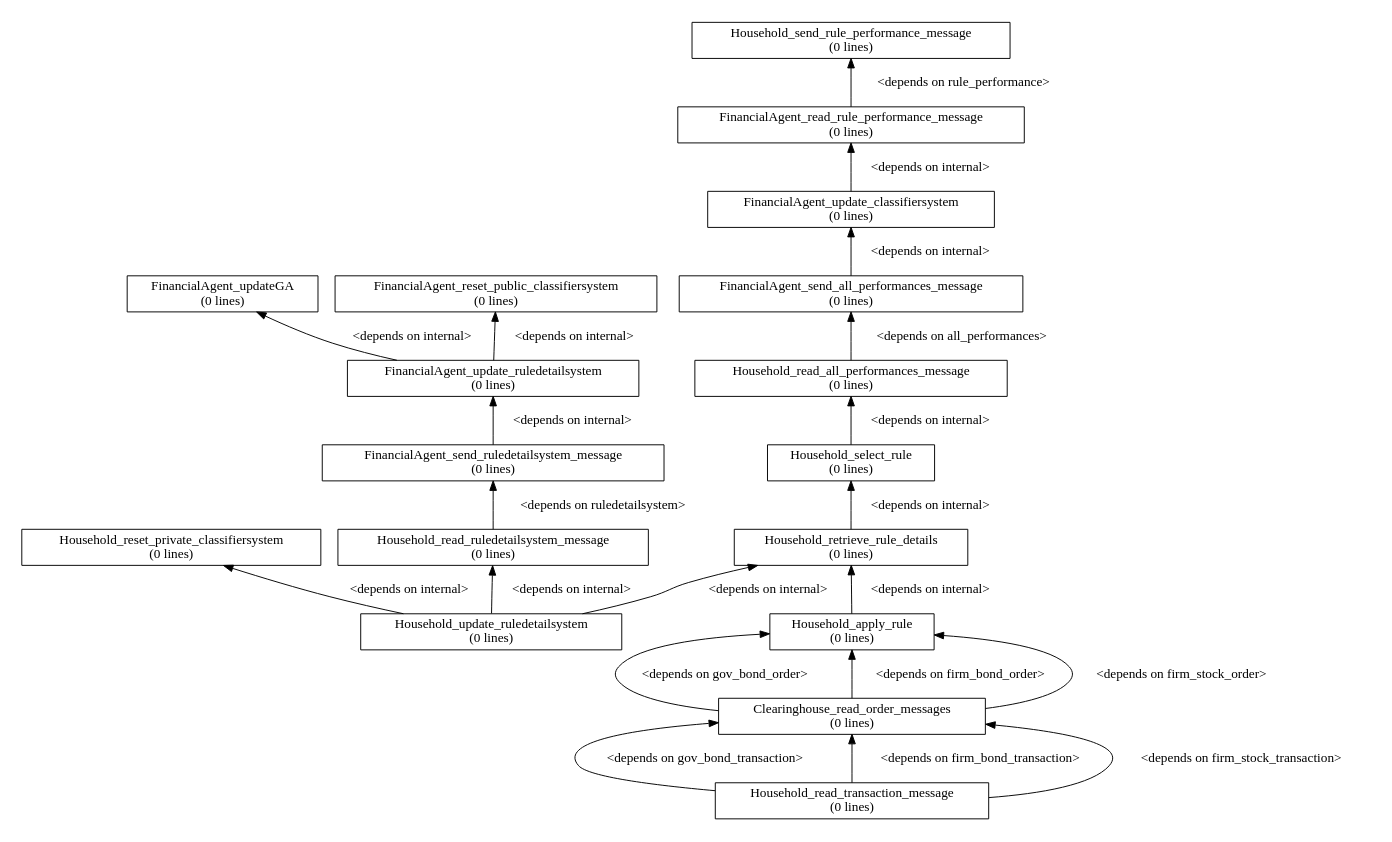
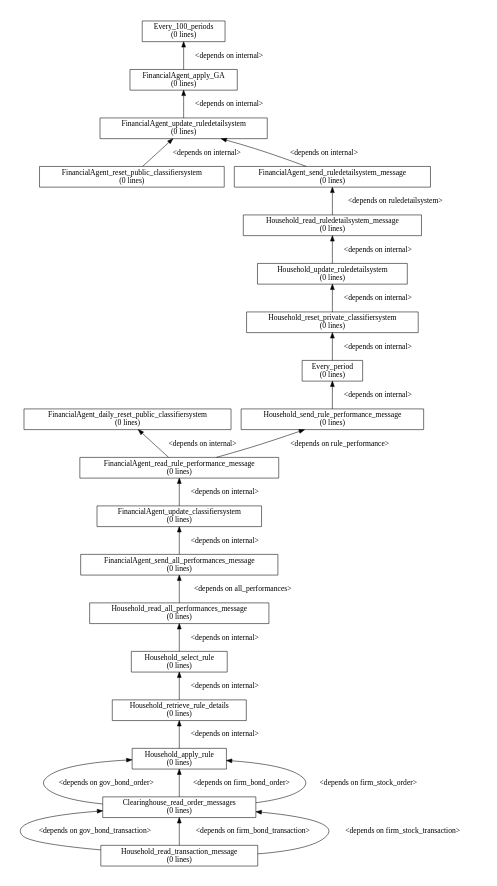
The diagram in models/AFM/afm_branches/initial/portfolio_selection_ewa/dgraph.dot (ETACE/EURACE), drawn with Graphviz before and after one commit. The commit also changed 9 other files, not shown here.

Commit message:
Added function daily_reset_public_classifiersystem. New dgraphs.

```diff
--- a/models/AFM/afm_branches/initial/portfolio_selection_ewa/dgraph.dot
+++ b/models/AFM/afm_branches/initial/portfolio_selection_ewa/dgraph.dot
@@ -1,46 +1,52 @@
 digraph dependency_graph {
 	rankdir=BT;
-	size="8,5;"
+	size="8,5"
 	node [shape = rect];
 	
 	/* Functions */
 	FinancialAgent_send_ruledetailsystem_message[height = 0.000000, label = "FinancialAgent_send_ruledetailsystem_message\n(0 lines)"]
-	FinancialAgent_updateGA[height = 0.000000, label = "FinancialAgent_updateGA\n(0 lines)"]
+	FinancialAgent_reset_public_classifiersystem[height = 0.000000, label = "FinancialAgent_reset_public_classifiersystem\n(0 lines)"]
 	FinancialAgent_update_ruledetailsystem[height = 0.000000, label = "FinancialAgent_update_ruledetailsystem\n(0 lines)"]
+	FinancialAgent_apply_GA[height = 0.000000, label = "FinancialAgent_apply_GA\n(0 lines)"]
+	Every_100_periods[height = 0.000000, label = "Every_100_periods\n(0 lines)"]
 	FinancialAgent_send_all_performances_message[height = 0.000000, label = "FinancialAgent_send_all_performances_message\n(0 lines)"]
-	FinancialAgent_reset_public_classifiersystem[height = 0.000000, label = "FinancialAgent_reset_public_classifiersystem\n(0 lines)"]
 	FinancialAgent_update_classifiersystem[height = 0.000000, label = "FinancialAgent_update_classifiersystem\n(0 lines)"]
 	FinancialAgent_read_rule_performance_message[height = 0.000000, label = "FinancialAgent_read_rule_performance_message\n(0 lines)"]
+	FinancialAgent_daily_reset_public_classifiersystem[height = 0.000000, label = "FinancialAgent_daily_reset_public_classifiersystem\n(0 lines)"]
 	Clearinghouse_read_order_messages[height = 0.000000, label = "Clearinghouse_read_order_messages\n(0 lines)"]
 	Household_read_transaction_message[height = 0.000000, label = "Household_read_transaction_message\n(0 lines)"]
 	Household_reset_private_classifiersystem[height = 0.000000, label = "Household_reset_private_classifiersystem\n(0 lines)"]
 	Household_update_ruledetailsystem[height = 0.000000, label = "Household_update_ruledetailsystem\n(0 lines)"]
 	Household_read_ruledetailsystem_message[height = 0.000000, label = "Household_read_ruledetailsystem_message\n(0 lines)"]
 	Household_apply_rule[height = 0.000000, label = "Household_apply_rule\n(0 lines)"]
 	Household_retrieve_rule_details[height = 0.000000, label = "Household_retrieve_rule_details\n(0 lines)"]
 	Household_select_rule[height = 0.000000, label = "Household_select_rule\n(0 lines)"]
 	Household_read_all_performances_message[height = 0.000000, label = "Household_read_all_performances_message\n(0 lines)"]
 	Household_send_rule_performance_message[height = 0.000000, label = "Household_send_rule_performance_message\n(0 lines)"]
+	Every_period[height = 0.000000, label = "Every_period\n(0 lines)"]
 	
 	/* Dependencies */
 	FinancialAgent_send_ruledetailsystem_message -> FinancialAgent_update_ruledetailsystem [ label = "<depends on internal>" ];
-	FinancialAgent_update_ruledetailsystem -> FinancialAgent_reset_public_classifiersystem [ label = "<depends on internal>" ];
-	FinancialAgent_update_ruledetailsystem -> FinancialAgent_updateGA [ label = "<depends on internal>" ];
+	FinancialAgent_reset_public_classifiersystem -> FinancialAgent_update_ruledetailsystem [ label = "<depends on internal>" ];
+	FinancialAgent_update_ruledetailsystem -> FinancialAgent_apply_GA [ label = "<depends on internal>" ];
+	FinancialAgent_apply_GA -> Every_100_periods [ label = "<depends on internal>" ];
 	FinancialAgent_send_all_performances_message -> FinancialAgent_update_classifiersystem [ label = "<depends on internal>" ];
 	FinancialAgent_update_classifiersystem -> FinancialAgent_read_rule_performance_message [ label = "<depends on internal>" ];
 	FinancialAgent_read_rule_performance_message -> Household_send_rule_performance_message [ label = "<depends on rule_performance>" ];
+	FinancialAgent_read_rule_performance_message -> FinancialAgent_daily_reset_public_classifiersystem [ label = "<depends on internal>" ];
 	Clearinghouse_read_order_messages -> Household_apply_rule [ label = "<depends on gov_bond_order>" ];
 	Clearinghouse_read_order_messages -> Household_apply_rule [ label = "<depends on firm_bond_order>" ];
 	Clearinghouse_read_order_messages -> Household_apply_rule [ label = "<depends on firm_stock_order>" ];
 	Household_read_transaction_message -> Clearinghouse_read_order_messages [ label = "<depends on gov_bond_transaction>" ];
 	Household_read_transaction_message -> Clearinghouse_read_order_messages [ label = "<depends on firm_bond_transaction>" ];
 	Household_read_transaction_message -> Clearinghouse_read_order_messages [ label = "<depends on firm_stock_transaction>" ];
-	Household_update_ruledetailsystem -> Household_reset_private_classifiersystem [ label = "<depends on internal>" ];
-	Household_update_ruledetailsystem -> Household_retrieve_rule_details [ label = "<depends on internal>" ];
+	Household_reset_private_classifiersystem -> Household_update_ruledetailsystem [ label = "<depends on internal>" ];
 	Household_update_ruledetailsystem -> Household_read_ruledetailsystem_message [ label = "<depends on internal>" ];
 	Household_read_ruledetailsystem_message -> FinancialAgent_send_ruledetailsystem_message [ label = "<depends on ruledetailsystem>" ];
 	Household_apply_rule -> Household_retrieve_rule_details [ label = "<depends on internal>" ];
 	Household_retrieve_rule_details -> Household_select_rule [ label = "<depends on internal>" ];
 	Household_select_rule -> Household_read_all_performances_message [ label = "<depends on internal>" ];
 	Household_read_all_performances_message -> FinancialAgent_send_all_performances_message [ label = "<depends on all_performances>" ];
+	Household_send_rule_performance_message -> Every_period [ label = "<depends on internal>" ];
+	Every_period -> Household_reset_private_classifiersystem [ label = "<depends on internal>" ];
 }
```
